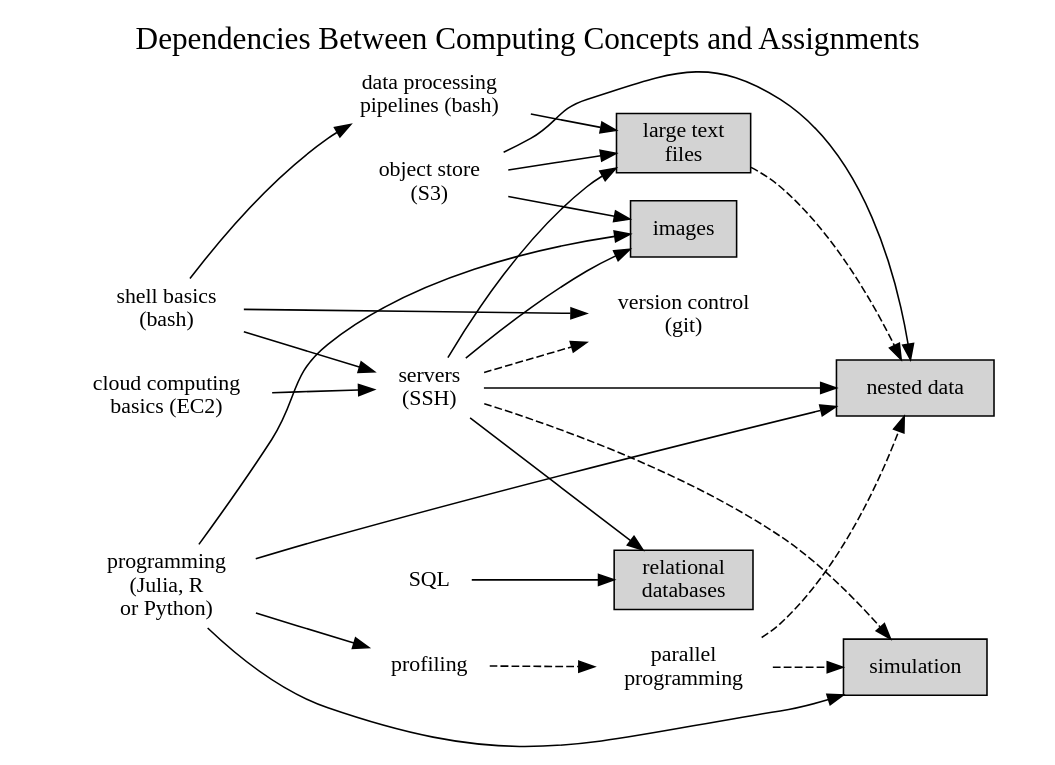
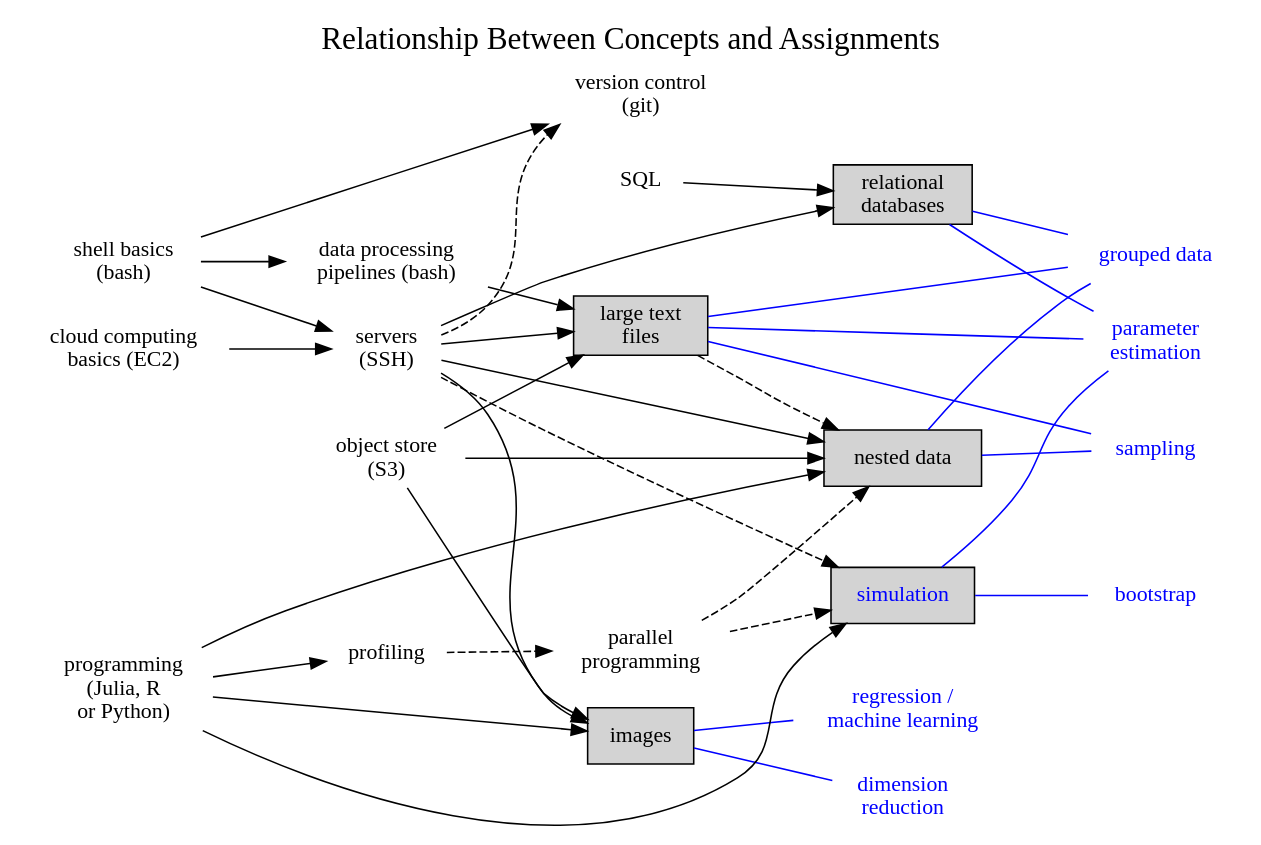
The diagram in order.dot (clarkfitzg/stat196K), drawn with Graphviz before and after one commit.

```diff
--- a/order.dot
+++ b/order.dot
@@ -1,57 +1,78 @@
 digraph {
 rankdir = LR;
 labelloc="t";
 fontsize = 20;
-label="Dependencies Between Computing Concepts and Assignments";
+label="Relationship Between Concepts and Assignments";
 
 // assignments
 node [shape = rectangle, style = filled]
 large_text_files [label = "large text\nfiles"]
 nested_data [label = "nested data"]
 database [label = "relational\ndatabases"]
 images [label = "images"]
-simulation [label = "simulation"]
+simulation [label = "simulation", fontcolor = blue]
 
 // tech skills
 node [shape = none, style = unfilled]
 shell_basics [label = "shell basics\n(bash)"]
 shell_advanced [label = "data processing\n\pipelines (bash)"]
 ssh [label = "servers\n(SSH)"]
 git [label = "version control\n(git)"]
 profiling
 parallel [label = "parallel\nprogramming"]
 ec2 [label = "cloud computing\nbasics (EC2)"]
 sql [label = "SQL"]
 s3 [label = "object store\n(S3)"]
 programming [label = "programming\n(Julia, R\n or Python)"]
+
+// statistical ideas
+node [shape = none, fontcolor = blue]
+sampling
+bootstrap
+ml [label = "regression /\nmachine learning"]
+grouped [label = "grouped data"]
+estimation [label = "parameter\nestimation"]
+dim_reduce [label = "dimension\nreduction"]
 
 // hard dependencies
 shell_basics -> ssh
 shell_basics -> git
 shell_basics -> shell_advanced
 shell_advanced -> large_text_files
 ec2 -> ssh
 sql -> database
 s3 -> large_text_files
 s3 -> nested_data
 s3 -> images
 ssh -> large_text_files
 ssh -> nested_data
 ssh -> images
 ssh -> database
 programming -> nested_data
 programming -> profiling
 programming -> images
 programming -> simulation
 
-
 // soft dependencies
 edge [style = dashed]
 parallel -> simulation
 parallel -> nested_data
 profiling -> parallel
 large_text_files -> nested_data
 ssh -> simulation
 ssh -> git
 
+// statistics
+edge [style = solid, color = blue, dir = none]
+large_text_files -> sampling
+nested_data -> sampling
+nested_data -> grouped
+large_text_files -> grouped
+large_text_files -> estimation
+simulation -> bootstrap
+simulation -> estimation
+images -> ml
+images -> dim_reduce
+database -> grouped
+database -> estimation
 }
```
